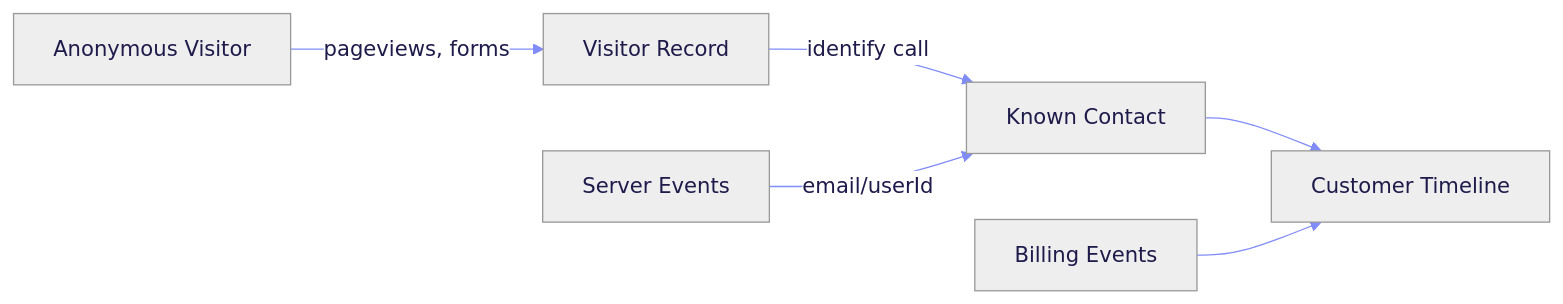
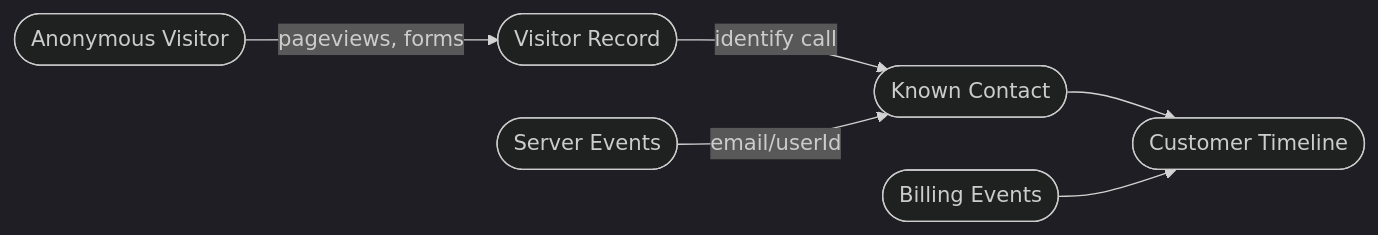
The diagram in tracking/overview.mdx (OutlitAI/docs), drawn with Mermaid before and after one commit. The commit also changed 4 other files, not shown here.

First line of the commit message:
docs: improve mermaid diagram styling and readability

````diff
--- a/tracking/overview.mdx
+++ b/tracking/overview.mdx
@@ -17,9 +17,9 @@
 ```mermaid
-%%{init: {'theme': 'neutral', 'themeVariables': { 'primaryColor': '#6366f1', 'primaryTextColor': '#fff', 'primaryBorderColor': '#4f46e5', 'lineColor': '#818cf8', 'secondaryColor': '#a5b4fc', 'tertiaryColor': '#e0e7ff', 'textColor': '#1e1b4b', 'nodeTextColor': '#1e1b4b' }}}%%
+%%{init: {'theme': 'dark', 'flowchart': {'nodeSpacing': 40, 'rankSpacing': 50, 'curve': 'basis', 'padding': 15}}}%%
 flowchart LR
-    A[Anonymous Visitor] -->|pageviews, forms| B[Visitor Record]
-    B -->|identify call| C[Known Contact]
-    C --> D[Customer Timeline]
-    E[Server Events] -->|email/userId| C
-    F[Billing Events] --> D
+    A([Anonymous Visitor]) -->|pageviews, forms| B([Visitor Record])
+    B -->|identify call| C([Known Contact])
+    C --> D([Customer Timeline])
+    E([Server Events]) -->|email/userId| C
+    F([Billing Events]) --> D
 ```
````
